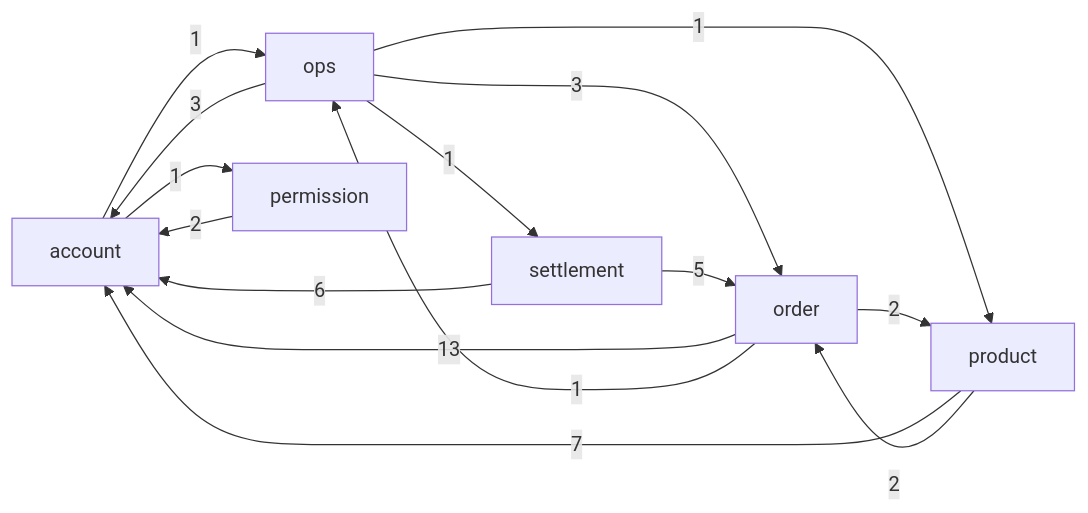
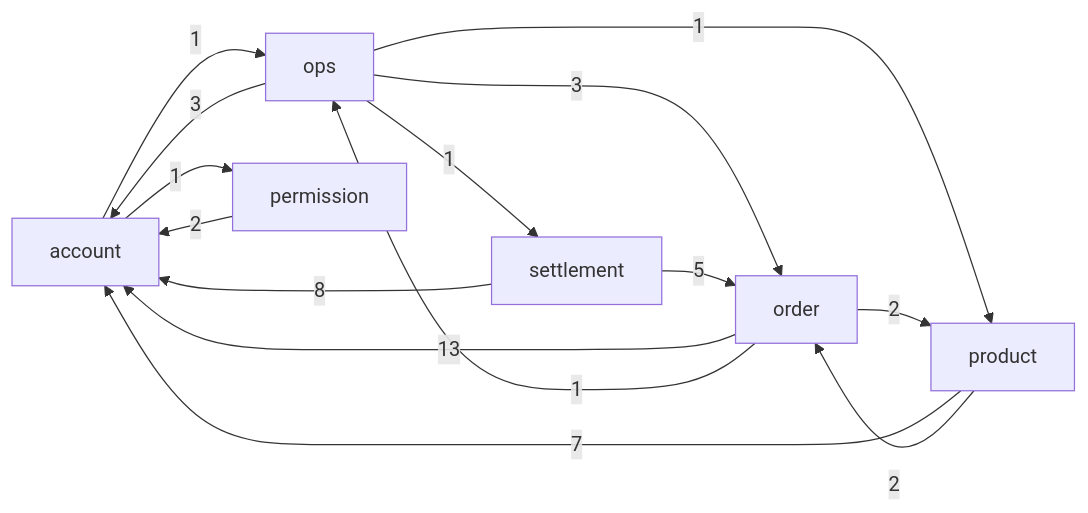
One commit to ejg93/ProjectShop changed the diagram in doc/erd/index.md. Above: the diagram before and after it, drawn with Mermaid. The commit also changed other lines of this file and 21 other files, not shown here.

````diff
--- a/doc/erd/index.md
+++ b/doc/erd/index.md
@@ -5,17 +5,17 @@
 ```mermaid
 flowchart LR
     account -->|1| ops
     account -->|1| permission
     ops -->|3| account
     ops -->|3| order
     ops -->|1| product
     ops -->|1| settlement
     order -->|13| account
     order -->|1| ops
     order -->|2| product
     permission -->|2| account
     product -->|7| account
     product -->|2| order
-    settlement -->|6| account
+    settlement -->|8| account
     settlement -->|5| order
 ```
````
